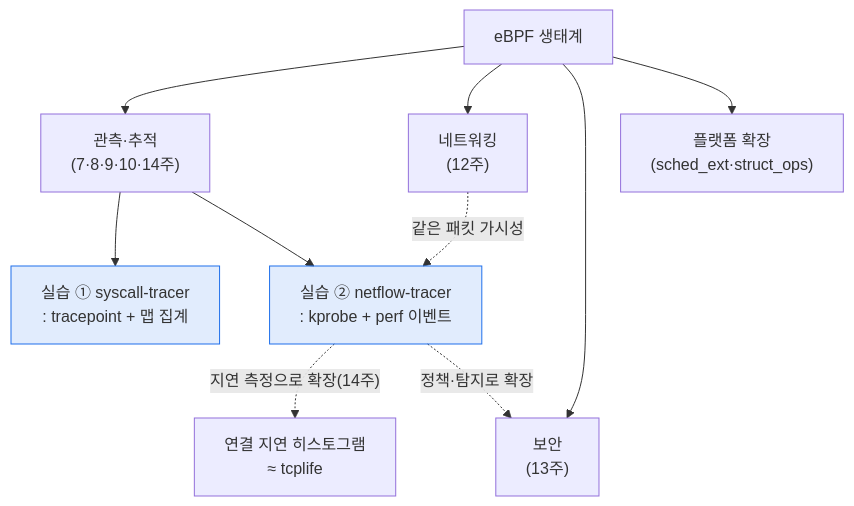
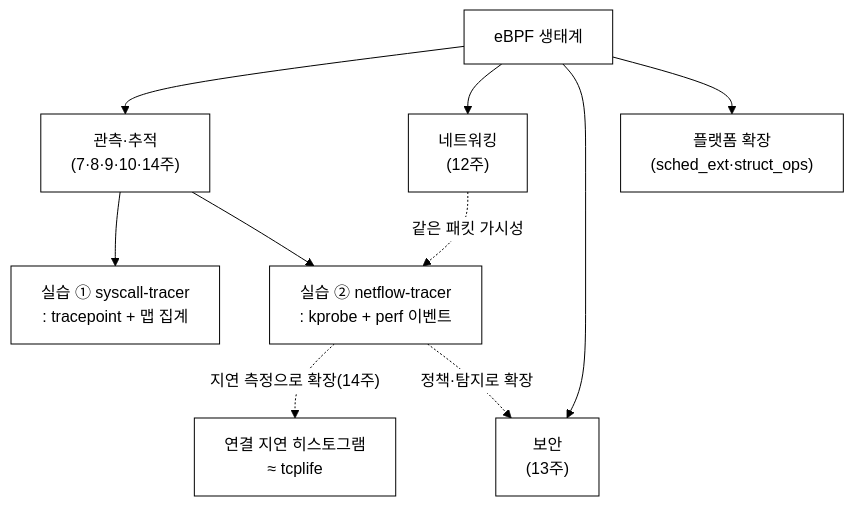
Before and after one commit to iamywl/ebpf-lab: the fourth of 4 diagrams in docs/lecture/15주차_안전성_한계_미래와_정리.md, drawn with Mermaid. The commit also changed other lines of this file and 33 other files, not shown here.

First line of the commit message:
강의자료: 다이어그램 흑백(논문 스타일) 통일 + 실제 실행 스크린샷 삽입

````diff
--- a/docs/lecture/15주차_안전성_한계_미래와_정리.md
+++ b/docs/lecture/15주차_안전성_한계_미래와_정리.md
@@ -174,15 +177,16 @@
 ```mermaid
+%%{init: {"theme":"base","themeVariables":{"background":"#ffffff","primaryColor":"#ffffff","primaryBorderColor":"#000000","primaryTextColor":"#000000","secondaryColor":"#ffffff","secondaryBorderColor":"#000000","secondaryTextColor":"#000000","tertiaryColor":"#ffffff","tertiaryBorderColor":"#000000","tertiaryTextColor":"#000000","lineColor":"#000000","textColor":"#000000","mainBkg":"#ffffff","secondBkg":"#ffffff","clusterBkg":"#ffffff","clusterBorder":"#000000","edgeLabelBackground":"#ffffff","nodeBorder":"#000000","defaultLinkColor":"#000000","titleColor":"#000000","actorBkg":"#ffffff","actorBorder":"#000000","actorTextColor":"#000000","actorLineColor":"#000000","signalColor":"#000000","signalTextColor":"#000000","labelBoxBkgColor":"#ffffff","labelBoxBorderColor":"#000000","labelTextColor":"#000000","loopTextColor":"#000000","noteBkgColor":"#ffffff","noteBorderColor":"#000000","noteTextColor":"#000000","activationBkgColor":"#ffffff","activationBorderColor":"#000000","sequenceNumberColor":"#000000","cScale0":"#ffffff","cScale1":"#ffffff","cScale2":"#ffffff","cScale3":"#ffffff","cScale4":"#ffffff","cScale5":"#ffffff","cScale6":"#ffffff","cScale7":"#ffffff","cScale8":"#ffffff","cScale9":"#ffffff","cScale10":"#ffffff","cScale11":"#ffffff","cScaleLabel0":"#000000","cScaleLabel1":"#000000","cScaleLabel2":"#000000","cScaleLabel3":"#000000","cScaleLabel4":"#000000","cScaleLabel5":"#000000","cScaleLabel6":"#000000","cScaleLabel7":"#000000","cScaleLabel8":"#000000","cScaleLabel9":"#000000","cScaleLabel10":"#000000","cScaleLabel11":"#000000","pie1":"#ffffff","pie2":"#eeeeee","pie3":"#dddddd","pie4":"#cccccc","fontFamily":"Georgia, serif"}}}%%
 flowchart TB
     ROOT["eBPF 생태계"]
     ROOT --> OBS["관측·추적\n(7·8·9·10·14주)"]
     ROOT --> NET["네트워킹\n(12주)"]
     ROOT --> SEC["보안\n(13주)"]
     ROOT --> PLAT["플랫폼 확장\n(sched_ext·struct_ops)"]
     OBS --> T1["실습 ① syscall-tracer\n: tracepoint + 맵 집계"]
     OBS --> T2["실습 ② netflow-tracer\n: kprobe + perf 이벤트"]
     T2 -. "지연 측정으로 확장(14주)" .-> LAT["연결 지연 히스토그램\n≈ tcplife"]
     T2 -. "정책·탐지로 확장" .-> SEC
     NET -. "같은 패킷 가시성" .-> T2
-    style T1 fill:#1f6feb22,stroke:#1f6feb
-    style T2 fill:#1f6feb22,stroke:#1f6feb
+    style T1 fill:#ffffff,stroke:#000000
+    style T2 fill:#ffffff,stroke:#000000
 ```
````
